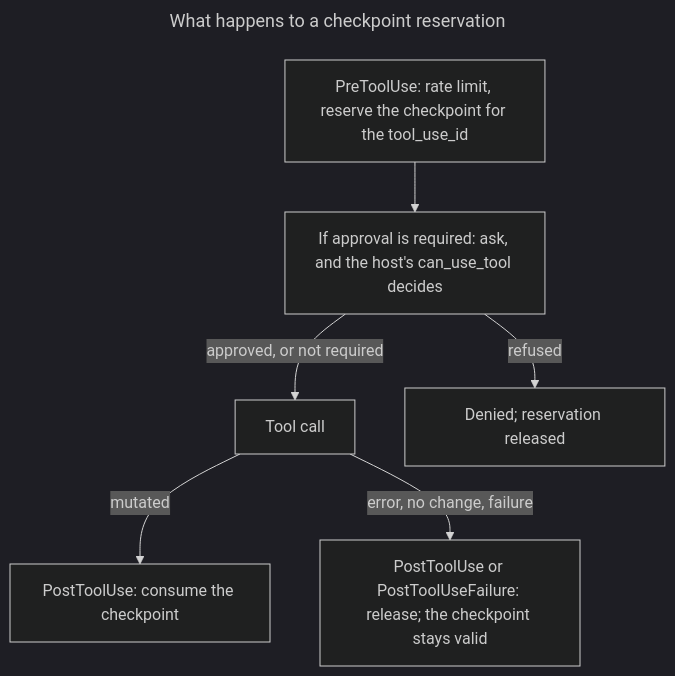
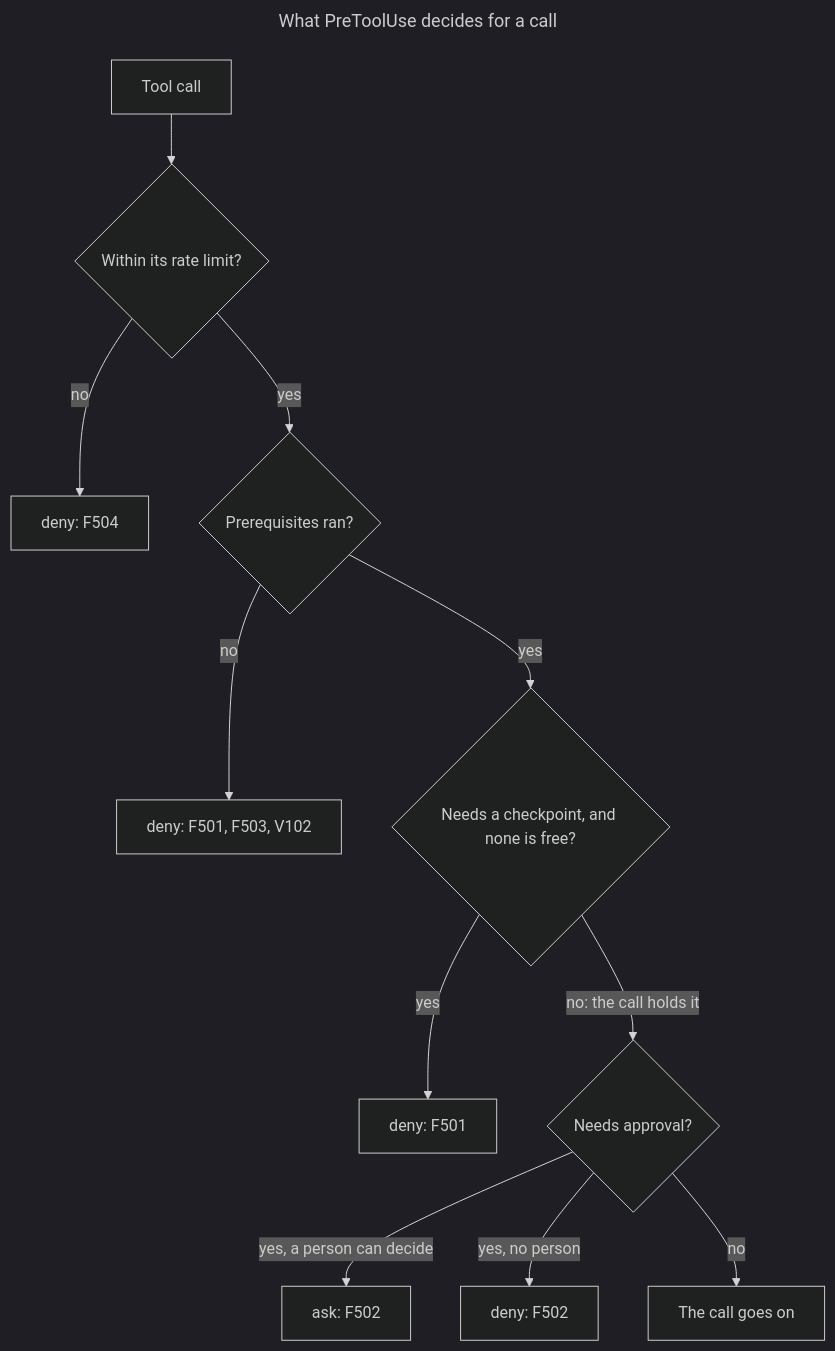
The second of 4 diagrams in docs/integrations/claude_agent_sdk.md (synaptiai/agent-capability-standard), drawn with Mermaid (dark theme) before and after one commit. The commit also changed other lines of this file and 13 other files, not shown here.

````diff
--- a/docs/integrations/claude_agent_sdk.md
+++ b/docs/integrations/claude_agent_sdk.md
@@ -366,12 +324,17 @@
 ```mermaid
 ---
-title: What happens to a checkpoint reservation
+title: What PreToolUse decides for a call
 ---
 flowchart TB
-  accDescr: PreToolUse applies the rate limit and reserves the checkpoint for the call; a call that requires approval is then put to the host, and a refusal releases the reservation; after a successful mutation PostToolUse consumes the checkpoint, and after an error, no change, or a failed or interrupted call the reservation is released and the checkpoint stays valid.
-  pre["PreToolUse: rate limit, reserve the checkpoint for the tool_use_id"] --> host["If approval is required: ask, and the host's can_use_tool decides"]
-  host -->|"approved, or not required"| run[Tool call]
-  host -->|refused| refused["Denied; reservation released"]
-  run -->|mutated| consume["PostToolUse: consume the checkpoint"]
-  run -->|"error, no change, failure"| release["PostToolUse or PostToolUseFailure: release; the checkpoint stays valid"]
+  accDescr: A control-only call is allowed and recorded. A call over its rate limit is refused with F504. A call whose prerequisite has not run is refused with F501, F503 or V102. A call that needs a checkpoint holds one; with none, F501. A call that needs approval is refused with F502 when its binding needs more than one approver or a role, or the permission mode does not reach a person; otherwise the hook answers ask. Any other call goes on.
+  call[Tool call] --> rate{"Within its rate limit?"}
+  rate -->|no| d1["deny: F504"]
+  rate -->|yes| pre{"Prerequisites ran?"}
+  pre -->|no| d2["deny: F501, F503, V102"]
+  pre -->|yes| cp{"Needs a checkpoint, and none is free?"}
+  cp -->|yes| d3["deny: F501"]
+  cp -->|"no: the call holds it"| ap{"Needs approval?"}
+  ap -->|"yes, a person can decide"| ask["ask: F502"]
+  ap -->|"yes, no person"| d4["deny: F502"]
+  ap -->|no| none["The call goes on"]
 ```
````
